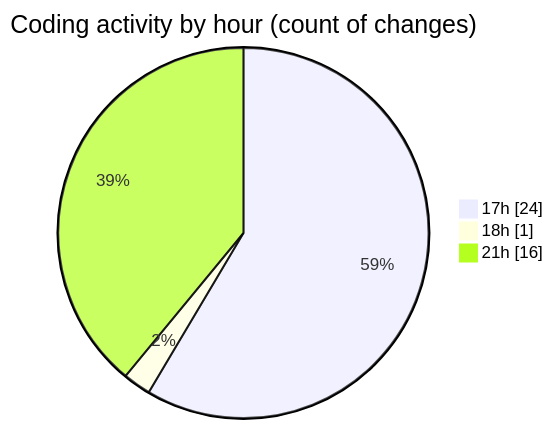
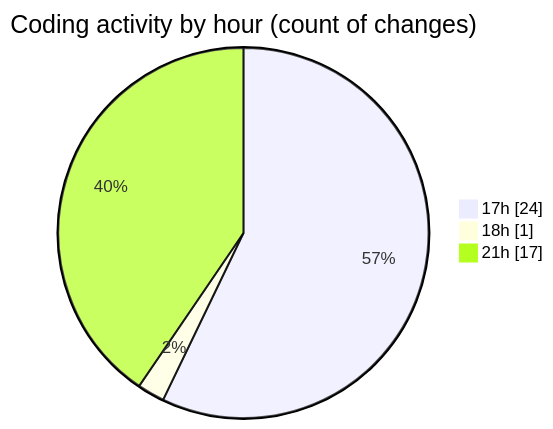
One commit to EIIisD/code-tracking changed the second of 2 diagrams in 2025-07-13/tampermonkey/README.md. Above: the diagram before and after it, drawn with Mermaid. The commit also changed other lines of this file and 1 other file, not shown here.

````diff
--- a/2025-07-13/tampermonkey/README.md
+++ b/2025-07-13/tampermonkey/README.md
@@ -44,7 +44,7 @@
 ```mermaid
 pie showData
 title Coding activity by hour (count of changes)
 "17h" : 24
 "18h" : 1
-"21h" : 16
+"21h" : 17
 ```
````
